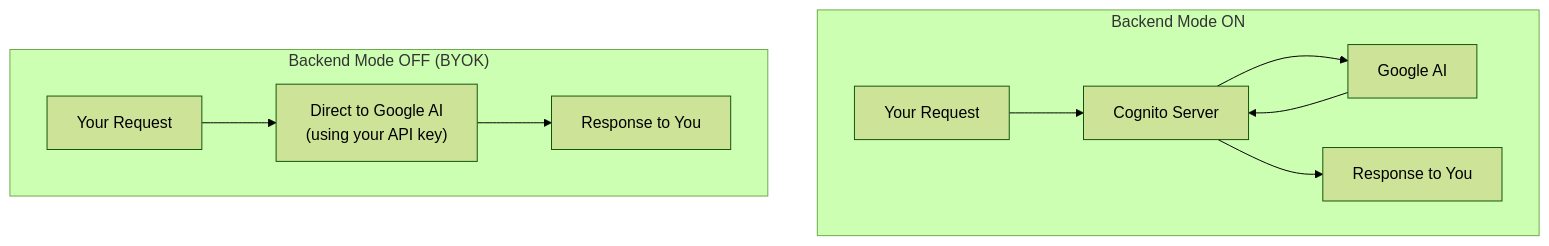
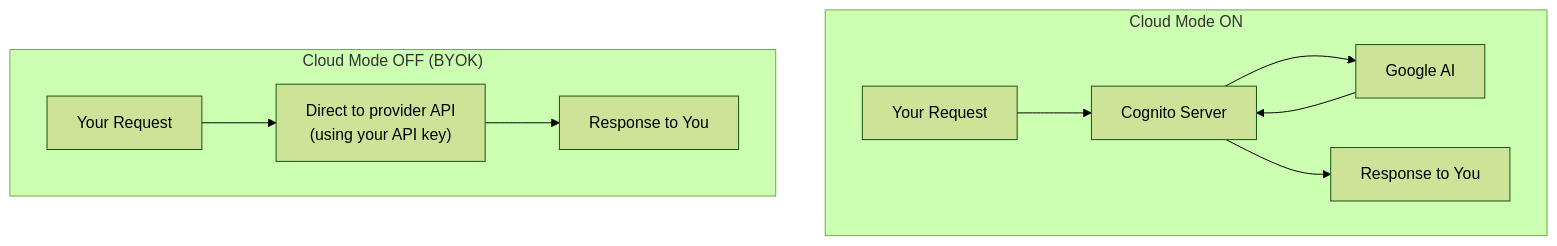
Before and after one commit to codewarnab/cognito-ai: the sixth of 7 diagrams in apps/docs/content/docs/configuration/modes-and-feature-flags.mdx, drawn with Mermaid (forest theme). The commit also changed other lines of this file and 32 other files, not shown here.

First line of the commit message:
feat(diagrams): add MindMap and QuadrantChart components

````diff
--- a/apps/docs/content/docs/configuration/modes-and-feature-flags.mdx
+++ b/apps/docs/content/docs/configuration/modes-and-feature-flags.mdx
@@ -152,14 +152,14 @@
 ```mermaid
 flowchart TD
-    subgraph "Backend Mode ON"
+    subgraph "Cloud Mode ON"
         B1["Your Request"] --> B2["Cognito Server"]
         B2 --> B3["Google AI"]
         B3 --> B2
         B2 --> B4["Response to You"]
     end
     
-    subgraph "Backend Mode OFF (BYOK)"
-        K1["Your Request"] --> K2["Direct to Google AI<br/>(using your API key)"]
+    subgraph "Cloud Mode OFF (BYOK)"
+        K1["Your Request"] --> K2["Direct to provider API<br/>(using your API key)"]
         K2 --> K3["Response to You"]
     end
 ```
````
